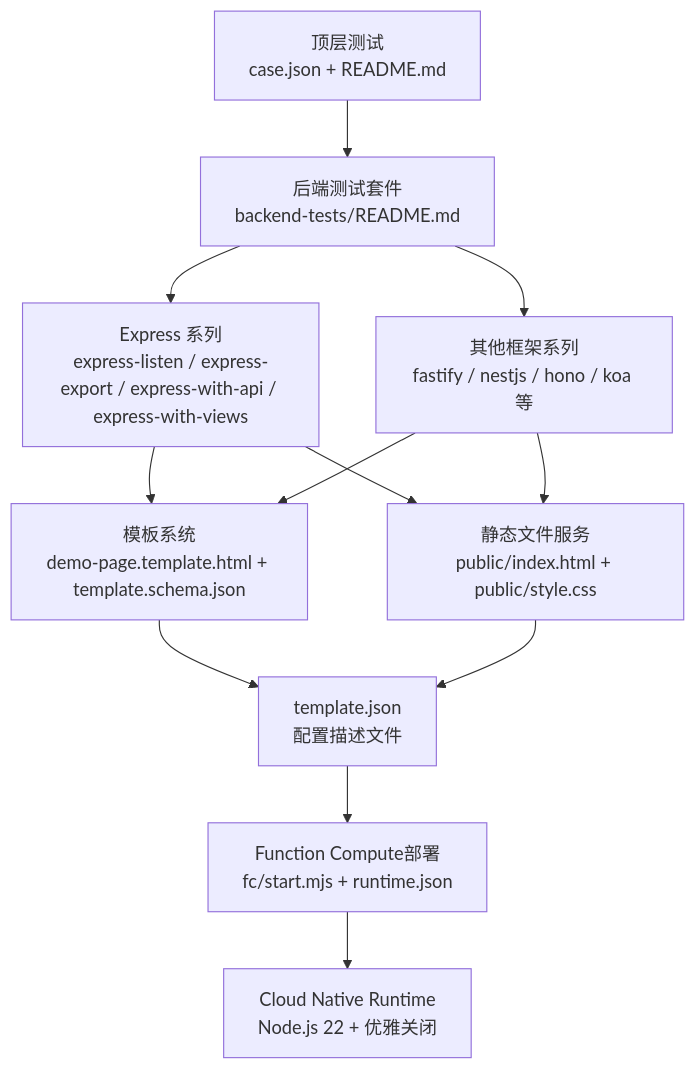
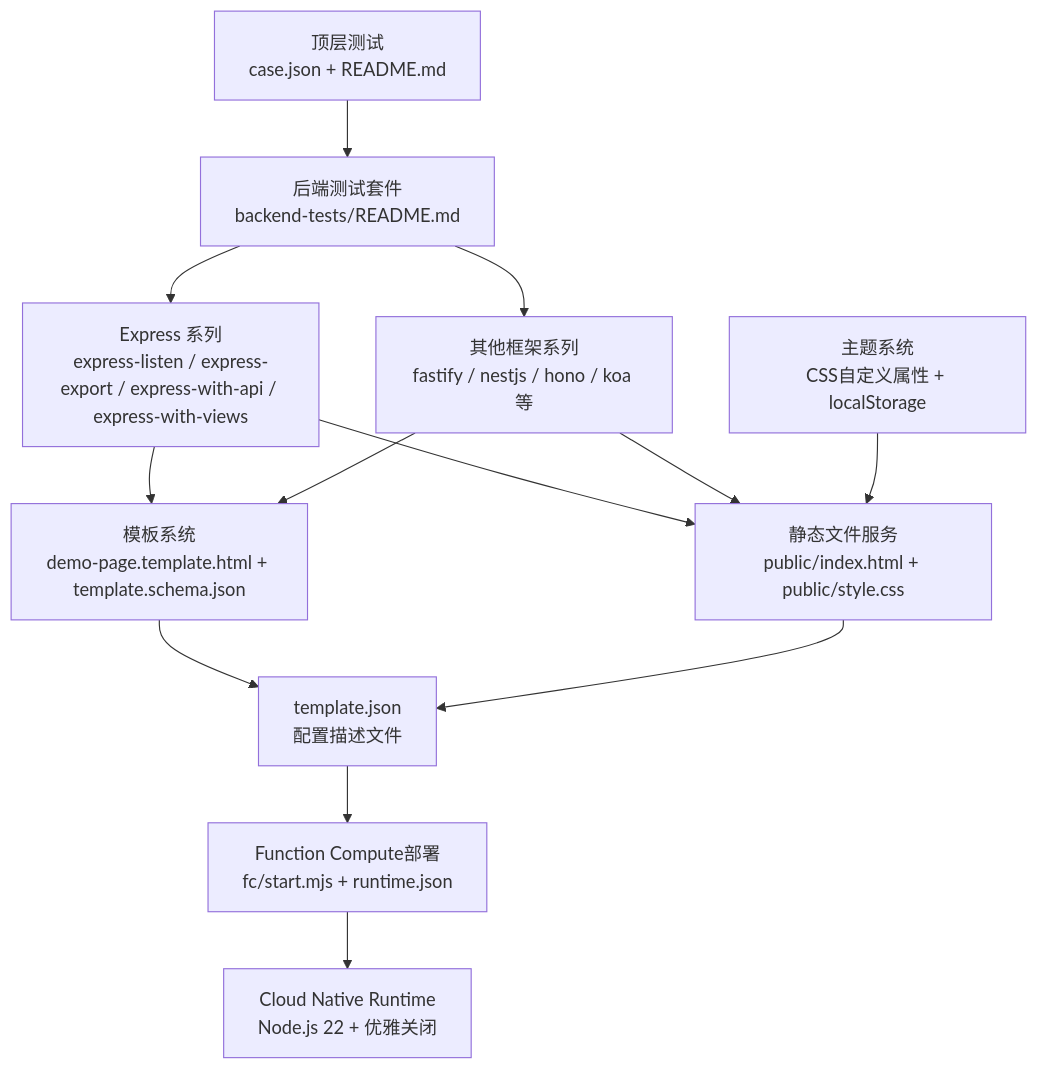
One commit to esa-sp/test-for-aone-ci changed the first of 12 diagrams in .qoder/repowiki/zh/content/后端框架测试/后端框架测试.md. Above: the diagram before and after it, drawn with Mermaid. The commit also changed other lines of this file and 7 other files, not shown here.

````diff
--- a/.qoder/repowiki/zh/content/后端框架测试/后端框架测试.md
+++ b/.qoder/repowiki/zh/content/后端框架测试/后端框架测试.md
@@ -93,14 +95,15 @@
 ```mermaid
 graph TB
 A["顶层测试<br/>case.json + README.md"] --> B["后端测试套件<br/>backend-tests/README.md"]
 B --> C["Express 系列<br/>express-listen / express-export / express-with-api / express-with-views"]
 B --> D["其他框架系列<br/>fastify / nestjs / hono / koa 等"]
 C --> E["模板系统<br/>demo-page.template.html + template.schema.json"]
 C --> F["静态文件服务<br/>public/index.html + public/style.css"]
 D --> E
 D --> F
 E --> G["template.json<br/>配置描述文件"]
 F --> G
 G --> H["Function Compute部署<br/>fc/start.mjs + runtime.json"]
 H --> I["Cloud Native Runtime<br/>Node.js 22 + 优雅关闭"]
+J["主题系统<br/>CSS自定义属性 + localStorage"] --> F
 ```
````
